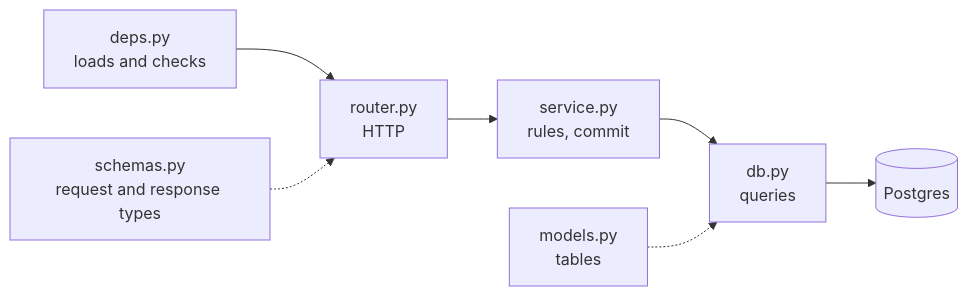
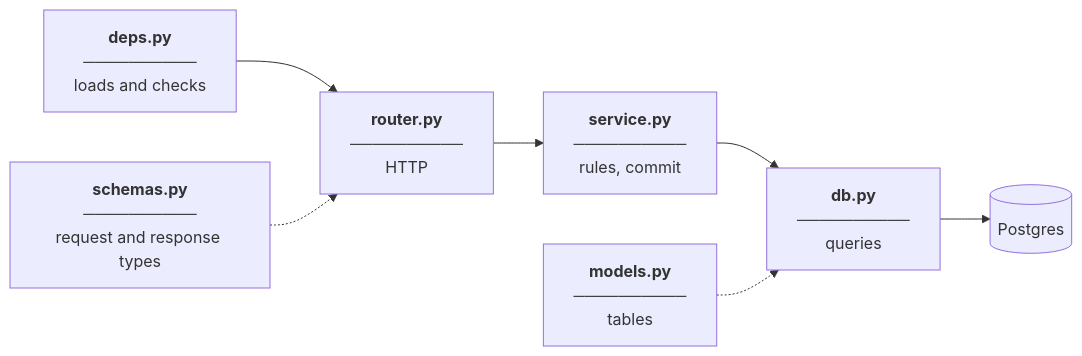
One commit to GilLesokhin/real-time-facial-recognition changed the diagram in api/README.md. Above: the diagram before and after it, drawn with Mermaid.

Commit message:
Improve API architecture diagram readability

````diff
--- a/api/README.md
+++ b/api/README.md
@@ -114,9 +114,9 @@
 ```mermaid
 flowchart LR
-    deps["deps.py<br/>loads and checks"] --> router
-    router["router.py<br/>HTTP"] --> service["service.py<br/>rules, commit"]
-    service --> db["db.py<br/>queries"]
+    deps["<b>deps.py</b><br/>──────────<br/>loads and checks"] --> router
+    router["<b>router.py</b><br/>──────────<br/>HTTP"] --> service["<b>service.py</b><br/>──────────<br/>rules, commit"]
+    service --> db["<b>db.py</b><br/>──────────<br/>queries"]
     db --> pg[(Postgres)]
-    schemas["schemas.py<br/>request and response types"] -.-> router
-    models["models.py<br/>tables"] -.-> db
+    schemas["<b>schemas.py</b><br/>──────────<br/>request and response types"] -.-> router
+    models["<b>models.py</b><br/>──────────<br/>tables"] -.-> db
 ```
````
